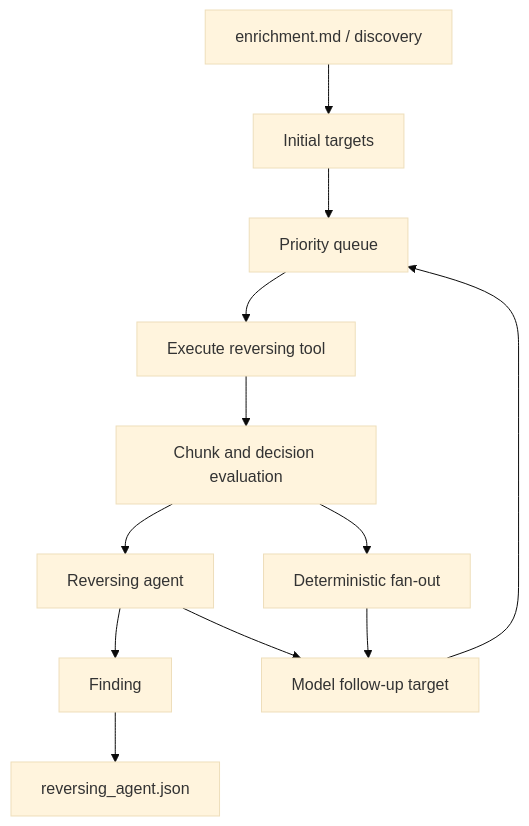
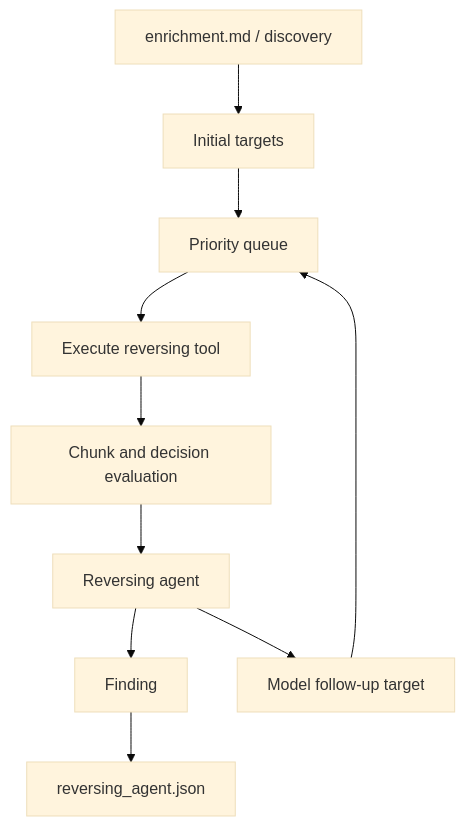
The second of 2 diagrams in docs/ai/README.md (pablo-972/AIM), drawn with Mermaid (base theme) before and after one commit. The commit also changed other lines of this file and 7 other files, not shown here.

````diff
--- a/docs/ai/README.md
+++ b/docs/ai/README.md
@@ -315,14 +307,12 @@
 ```mermaid
 flowchart TD
     Context[enrichment.md / discovery] --> Seed[Initial targets]
     Seed --> Queue[Priority queue]
     Queue --> Tool[Execute reversing tool]
     Tool --> Decision[Chunk and decision evaluation]
     Decision --> Agent[Reversing agent]
-    Decision --> Fanout[Deterministic fan-out]
     Agent --> Finding[Finding]
     Agent --> FollowUp[Model follow-up target]
-    Fanout --> FollowUp
     FollowUp --> Queue
     Finding --> Memory[reversing_agent.json]
 ```
````
